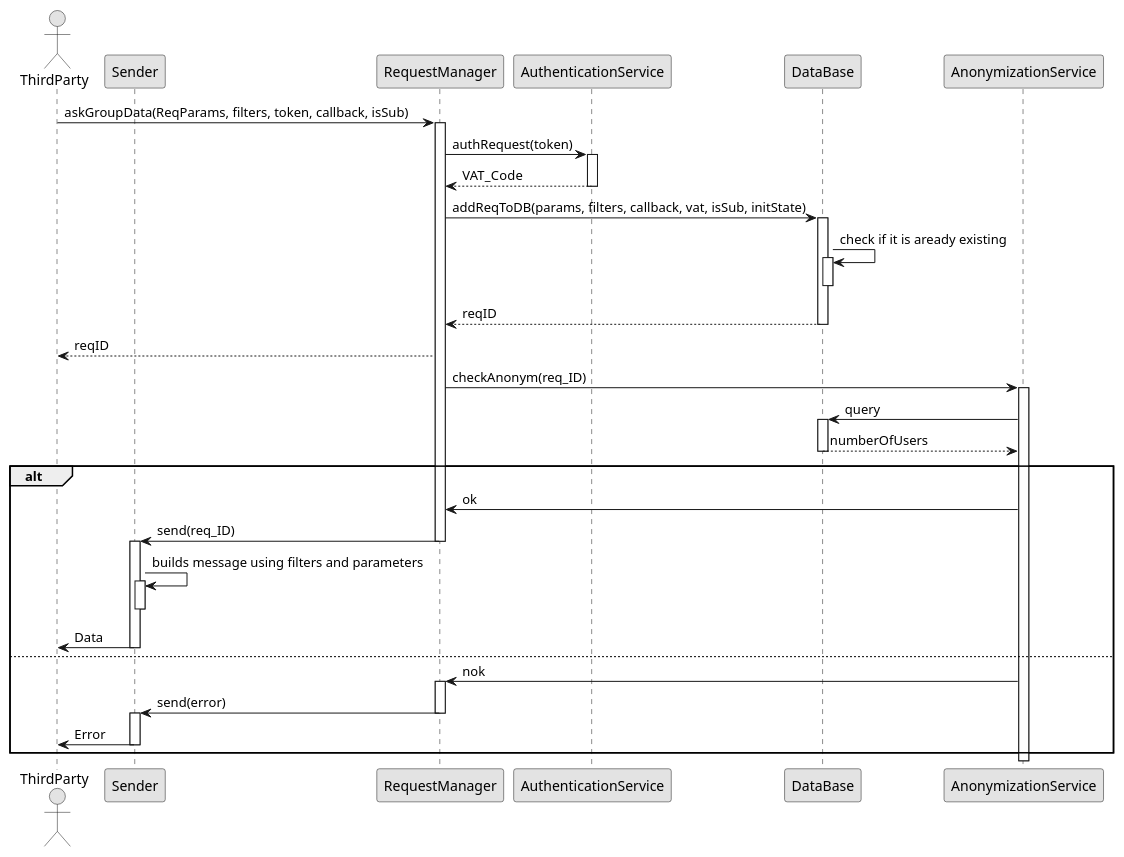
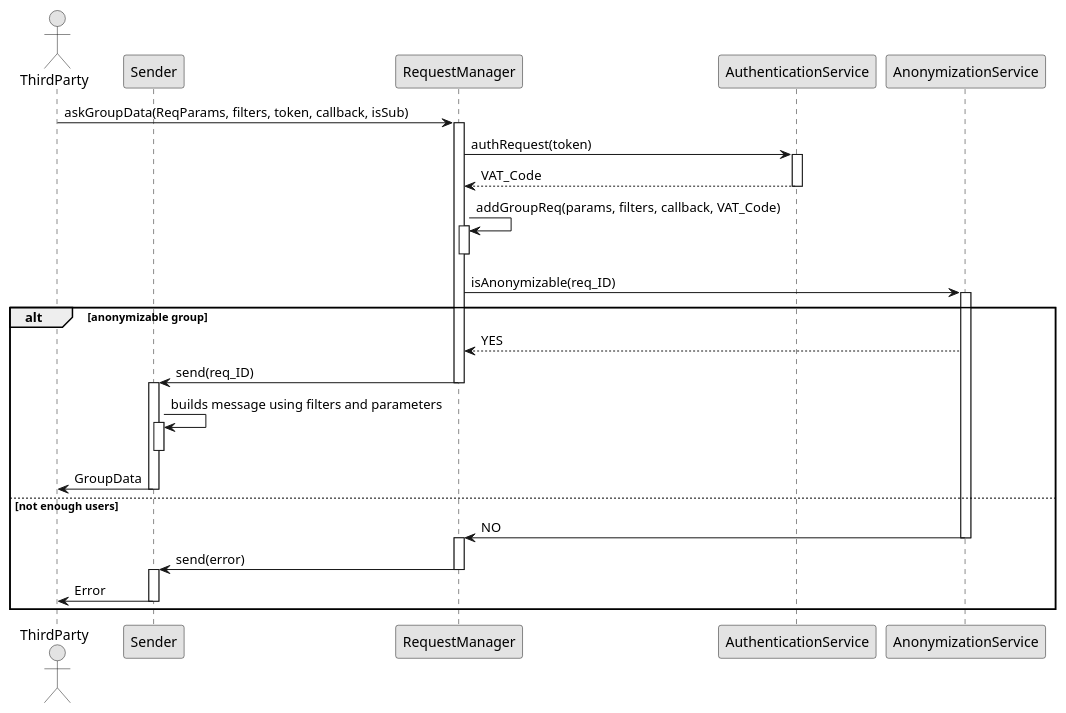
One commit to AlviseDeFaveri/BiscontiniDeFaveriGelli changed the diagram in DD/diagrams/GroupDataRequest_Sequence.puml. Above: the diagram before and after it, drawn with PlantUML. The commit also changed 9 other files, not shown here.

Commit message:
[DD] Added sequence diagrams description

```diff
--- a/DD/diagrams/GroupDataRequest_Sequence.puml
+++ b/DD/diagrams/GroupDataRequest_Sequence.puml
@@ -1,56 +1,49 @@
 @startuml
 skinparam monochrome true
 actor ThirdParty as TP
 participant Sender as SND
 participant RequestManager as REQ
 participant AuthenticationService as AUTH
-participant DataBase as DB
 participant AnonymizationService as NOT
 
 TP -> REQ : askGroupData(ReqParams, filters, token, callback, isSub)
 activate REQ
 REQ -> AUTH: authRequest(token)
 activate AUTH
 AUTH --> REQ: VAT_Code
 deactivate AUTH
 
 
-REQ -> DB : addReqToDB(params, filters, callback, vat, isSub, initState)
-activate DB
-DB -> DB: check if it is aready existing
-activate DB
-deactivate DB
-DB --> REQ : reqID
-deactivate DB
+REQ -> REQ : addGroupReq(params, filters, callback, VAT_Code)
+activate REQ
+deactivate REQ
 
-REQ --> TP : reqID
-REQ -> NOT : checkAnonym(req_ID)
+REQ -> NOT : isAnonymizable(req_ID)
 activate NOT
-NOT -> DB : query
-activate DB
-DB --> NOT : numberOfUsers
-deactivate DB
 
-alt
-NOT -> REQ : ok
+alt anonymizable group
+NOT --> REQ : YES
+
 REQ -> SND : send(req_ID)
 deactivate REQ
 activate SND
 SND -> SND : builds message using filters and parameters
 activate SND
 deactivate SND
-SND -> TP: Data
+SND -> TP: GroupData
 deactivate SND
 
-else
+else not enough users
 
-NOT -> REQ : nok
+NOT -> REQ : NO
+deactivate NOT
+
 activate REQ
 REQ -> SND : send(error)
 deactivate REQ
 activate SND
 SND -> TP: Error
 deactivate SND
 
 end
 @enduml
```
